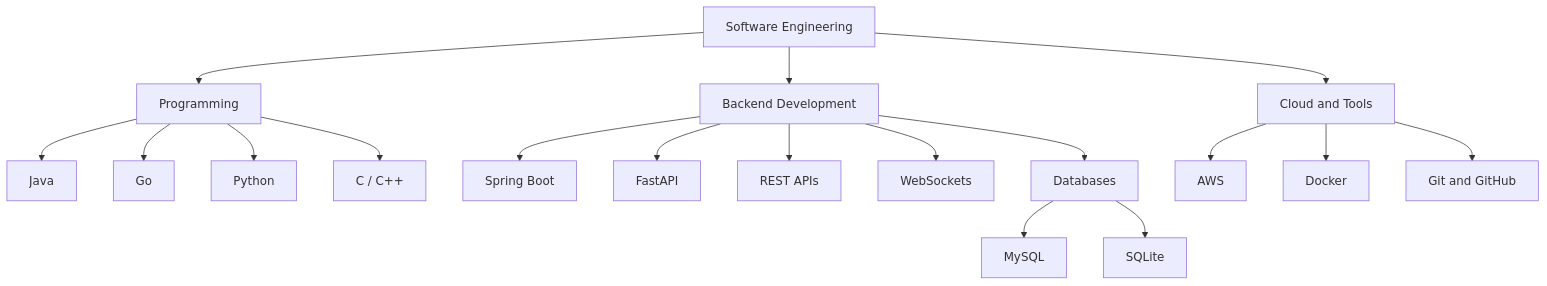
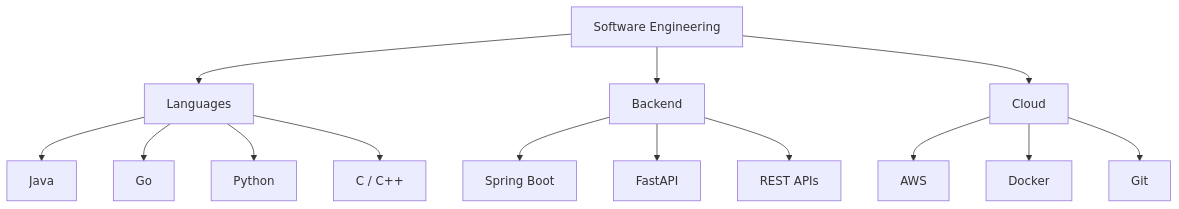
The diagram in README.md (chandunimmakayala9390-blip/chandunimmakayala9390-blip), drawn with Mermaid before and after one commit. The commit also changed other lines of this file, not shown here.

````diff
--- a/README.md
+++ b/README.md
@@ -132,21 +46,17 @@
 ```mermaid
-flowchart TB
+flowchart TD
     A[Software Engineering]
-    A --> B[Programming]
-    A --> C[Backend Development]
-    A --> D[Cloud and Tools]
+    A --> B[Languages]
+    A --> C[Backend]
+    A --> D[Cloud]
     B --> E[Java]
     B --> F[Go]
     B --> G[Python]
     B --> H[C / C++]
     C --> I[Spring Boot]
     C --> J[FastAPI]
     C --> K[REST APIs]
-    C --> L[WebSockets]
-    D --> M[AWS]
-    D --> N[Docker]
-    D --> O[Git and GitHub]
-    C --> P[Databases]
-    P --> Q[MySQL]
-    P --> R[SQLite]
+    D --> L[AWS]
+    D --> M[Docker]
+    D --> N[Git]
 ```
````
